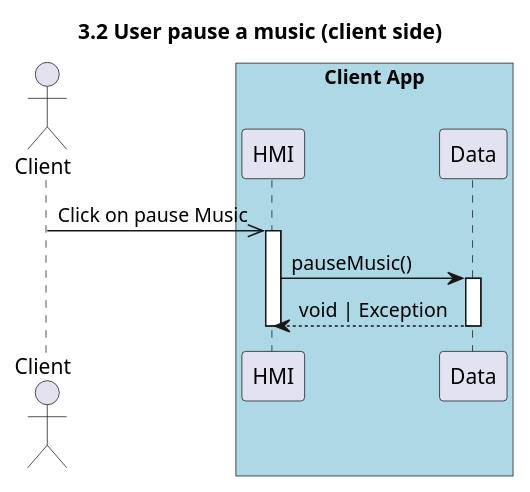
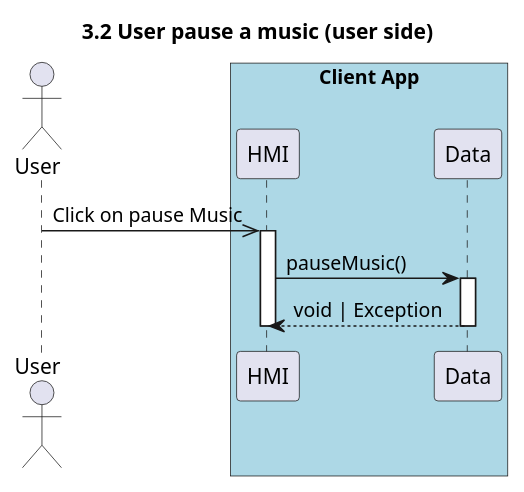
Before and after one commit to UTCAI12/Diagrams: the diagram in sequence/3.2.user_pause_music_client.puml, drawn with PlantUML. The commit also changed 8 other files, not shown here.

```diff
--- a/sequence/3.2.user_pause_music_client.puml
+++ b/sequence/3.2.user_pause_music_client.puml
@@ -1,19 +1,19 @@
-@startuml 3.2 User pause a music (client side)
-title 3.2 User pause a music (client side)
+@startuml 3.2 User pause a music (user side)
+title 3.2 User pause a music (user side)
 
-actor Client as client
+actor "User" as user
 box "Client App" #LightBlue
-    participant HMI as hmi
-    participant Data as data
+    participant "HMI" as hmi
+    participant "Data" as data
 end box
 
-client ->> hmi : Click on pause Music
+user ->> hmi : Click on pause Music
 activate hmi
 
 hmi -> data : pauseMusic()
 activate data
 return void | Exception
 deactivate data
 deactivate hmi
 
 @enduml
```
